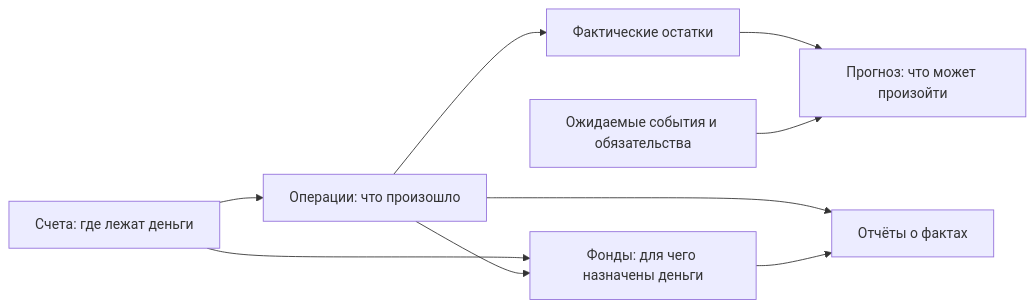
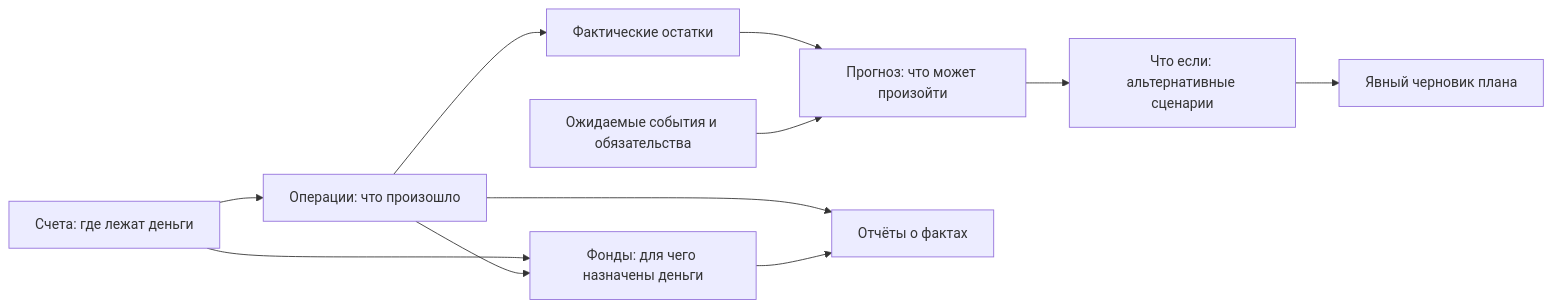
Before and after one commit to Gollardo/hermes: the diagram in docs/ui-ux/information-architecture.md, drawn with Mermaid. The commit also changed other lines of this file and 17 other files, not shown here.

````diff
--- a/docs/ui-ux/information-architecture.md
+++ b/docs/ui-ux/information-architecture.md
@@ -146,11 +151,13 @@
 ```mermaid
 flowchart LR
     Accounts["Счета: где лежат деньги"] --> Operations["Операции: что произошло"]
     Operations --> Balances["Фактические остатки"]
     Accounts --> Funds["Фонды: для чего назначены деньги"]
     Operations --> Funds
     Balances --> Forecast["Прогноз: что может произойти"]
     Expected["Ожидаемые события и обязательства"] --> Forecast
+    Forecast --> Scenarios["Что если: альтернативные сценарии"]
+    Scenarios --> Draft["Явный черновик плана"]
     Operations --> Reports["Отчёты о фактах"]
     Funds --> Reports
 ```
````
